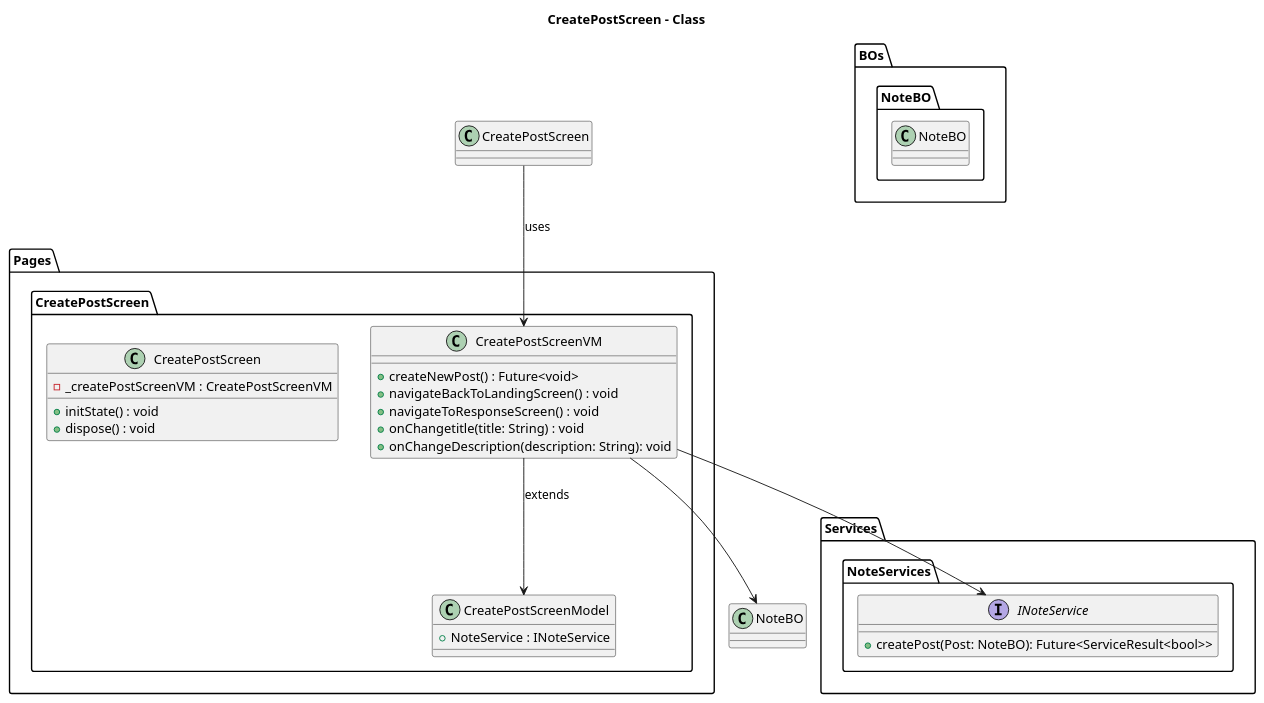
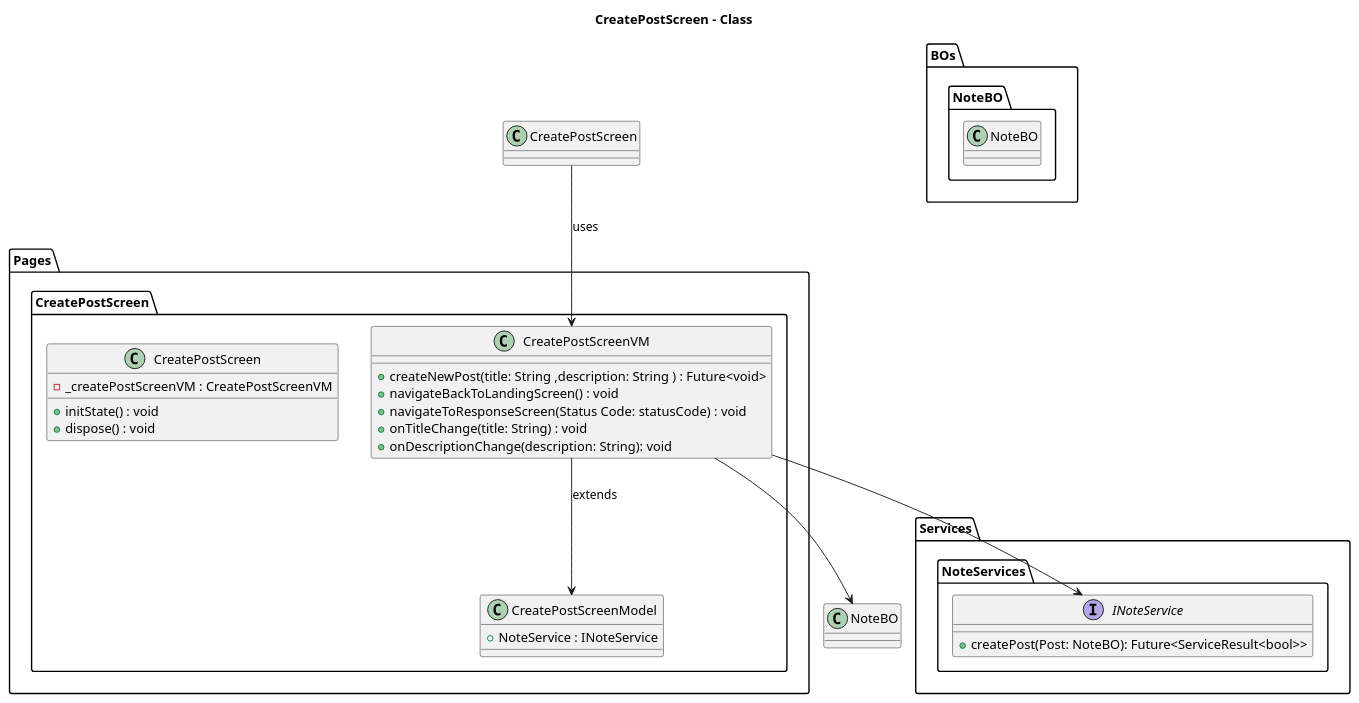
One commit to ThirumuruganArumugam/social_media changed the diagram in lib/Pages/CreatePostScreen/Design/CreatePostScreen-Class.puml. Above: the diagram before and after it, drawn with PlantUML. The commit also changed 3 other files, not shown here.

Commit message:
change in postScreen naming and parameter adding && change in response screen method's && change in utilities mapping

```diff
--- a/lib/Pages/CreatePostScreen/Design/CreatePostScreen-Class.puml
+++ b/lib/Pages/CreatePostScreen/Design/CreatePostScreen-Class.puml
@@ -1,44 +1,44 @@
 @startuml CreatePostScreen - Class
 
 title **CreatePostScreen - Class**
 
 package Pages{
     package CreatePostScreen{
         class CreatePostScreenModel{
             + NoteService : INoteService
         }
         class CreatePostScreenVM{
-            + createNewPost() : Future<void>
+            + createNewPost(title: String ,description: String ) : Future<void>
             + navigateBackToLandingScreen() : void
-            + navigateToResponseScreen() : void
-            + onChangetitle(title: String) : void
-            + onChangeDescription(description: String): void
+            + navigateToResponseScreen(Status Code: statusCode) : void
+            + onTitleChange(title: String) : void
+            + onDescriptionChange(description: String): void
         }
         class CreatePostScreen{
             - _createPostScreenVM : CreatePostScreenVM
             + initState() : void
             + dispose() : void
         }
     }
 }
 
 package Services{
     package NoteServices{
         interface INoteService{
             + createPost(Post: NoteBO): Future<ServiceResult<bool>>
         }
     }
 }
 
 package BOs{
     package NoteBO{
         class NoteBO{
         }
     }
 }
 
 CreatePostScreenVM --> NoteBO 
 CreatePostScreenVM --> INoteService 
 CreatePostScreenVM --> CreatePostScreenModel : extends
 CreatePostScreen --> CreatePostScreenVM : uses
 @enduml
```
